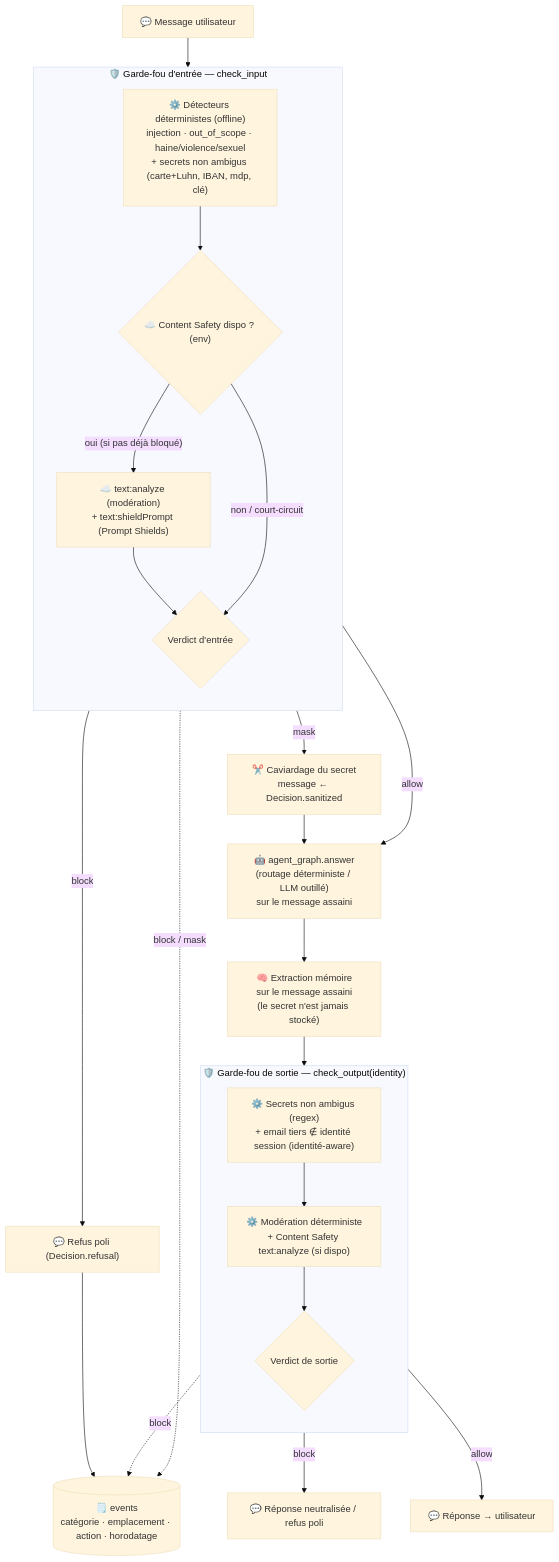
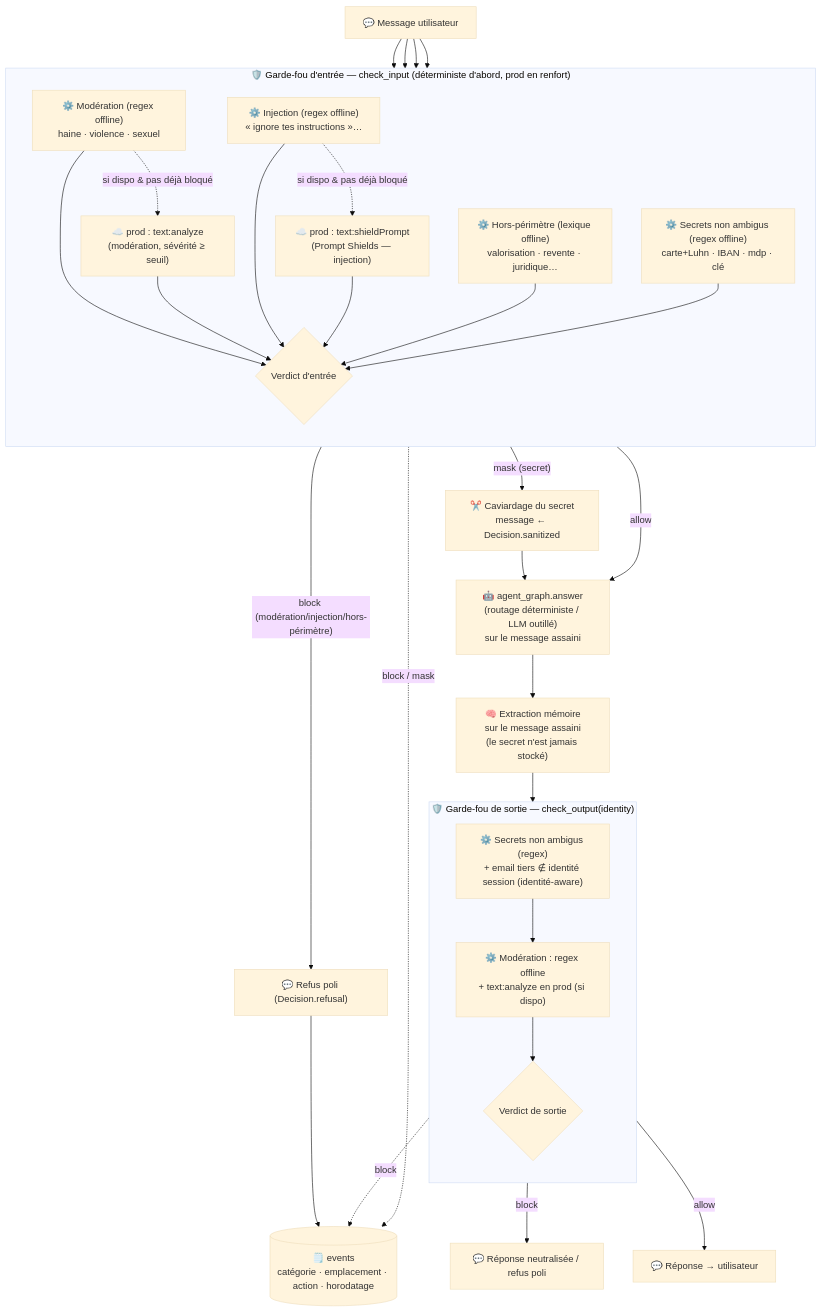
Before and after one commit to tonylucas/velmo-v2: the diagram in docs/superpowers/specs/2026-07-10-guardrails-design.md, drawn with Mermaid (base theme). The commit also changed other lines of this file, not shown here.

Commit message:
docs: clarify guardrail flowchart — separate moderation and injection lanes
Each category now has its own lane: deterministic offline detector
(exercised by the tests) reinforced in prod by its own Content Safety
call — moderation via text:analyze, injection via text:shieldPrompt
(Prompt Shields). Makes explicit where prompt injection is detected.

Claude-Session: https://claude.ai/code/session_01Ct4fq1NfG2SrLd4nK67orE

````diff
--- a/docs/superpowers/specs/2026-07-10-guardrails-design.md
+++ b/docs/superpowers/specs/2026-07-10-guardrails-design.md
@@ -134,45 +139,53 @@
 ```mermaid
 flowchart TD
     MSG["💬 Message utilisateur"]
 
-    subgraph GIN["🛡️ Garde-fou d'entrée — check_input"]
+    subgraph GIN["🛡️ Garde-fou d'entrée — check_input (déterministe d'abord, prod en renfort)"]
         direction TB
-        DET_IN["⚙️ Détecteurs déterministes (offline)<br>injection · out_of_scope · haine/violence/sexuel<br>+ secrets non ambigus (carte+Luhn, IBAN, mdp, clé)"]
-        CS_IN{"☁️ Content Safety dispo ? (env)"}
-        CS_CALL["☁️ text:analyze (modération)<br>+ text:shieldPrompt (Prompt Shields)"]
+        MOD_IN["⚙️ Modération (regex offline)<br>haine · violence · sexuel"]
+        INJ_IN["⚙️ Injection (regex offline)<br>« ignore tes instructions »…"]
+        OOS_IN["⚙️ Hors-périmètre (lexique offline)<br>valorisation · revente · juridique…"]
+        SEC_IN["⚙️ Secrets non ambigus (regex offline)<br>carte+Luhn · IBAN · mdp · clé"]
+        CS_MOD["☁️ prod : text:analyze<br>(modération, sévérité ≥ seuil)"]
+        CS_SHIELD["☁️ prod : text:shieldPrompt<br>(Prompt Shields — injection)"]
         VERD_IN{"Verdict d'entrée"}
-        DET_IN --> CS_IN
-        CS_IN -- "oui (si pas déjà bloqué)" --> CS_CALL --> VERD_IN
-        CS_IN -- "non / court-circuit" --> VERD_IN
+        MOD_IN -. "si dispo & pas déjà bloqué" .-> CS_MOD
+        INJ_IN -. "si dispo & pas déjà bloqué" .-> CS_SHIELD
+        MOD_IN --> VERD_IN
+        CS_MOD --> VERD_IN
+        INJ_IN --> VERD_IN
+        CS_SHIELD --> VERD_IN
+        OOS_IN --> VERD_IN
+        SEC_IN --> VERD_IN
     end
 
     REFUS_IN["💬 Refus poli (Decision.refusal)"]
     MASK["✂️ Caviardage du secret<br>message ← Decision.sanitized"]
 
     GRAPH["🤖 agent_graph.answer<br>(routage déterministe / LLM outillé)<br>sur le message assaini"]
     EXTRACT["🧠 Extraction mémoire<br>sur le message assaini<br>(le secret n'est jamais stocké)"]
 
     subgraph GOUT["🛡️ Garde-fou de sortie — check_output(identity)"]
         direction TB
         SEC_OUT["⚙️ Secrets non ambigus (regex)<br>+ email tiers ∉ identité session (identité-aware)"]
-        MOD_OUT["⚙️ Modération déterministe<br>+ Content Safety text:analyze (si dispo)"]
+        MOD_OUT["⚙️ Modération : regex offline<br>+ text:analyze en prod (si dispo)"]
         VERD_OUT{"Verdict de sortie"}
         SEC_OUT --> MOD_OUT --> VERD_OUT
     end
 
     REFUS_OUT["💬 Réponse neutralisée / refus poli"]
     RESP["💬 Réponse → utilisateur"]
     LOG[("🗒️ events<br>catégorie · emplacement · action · horodatage")]
 
-    MSG --> DET_IN
-    VERD_IN -- "block" --> REFUS_IN
-    VERD_IN -- "mask" --> MASK --> GRAPH
+    MSG --> MOD_IN & INJ_IN & OOS_IN & SEC_IN
+    VERD_IN -- "block (modération/injection/hors-périmètre)" --> REFUS_IN
+    VERD_IN -- "mask (secret)" --> MASK --> GRAPH
     VERD_IN -- "allow" --> GRAPH
     GRAPH --> EXTRACT --> SEC_OUT
     VERD_OUT -- "block" --> REFUS_OUT
     VERD_OUT -- "allow" --> RESP
 
     VERD_IN -. "block / mask" .-> LOG
     VERD_OUT -. "block" .-> LOG
     REFUS_IN --> LOG
 ```
````
